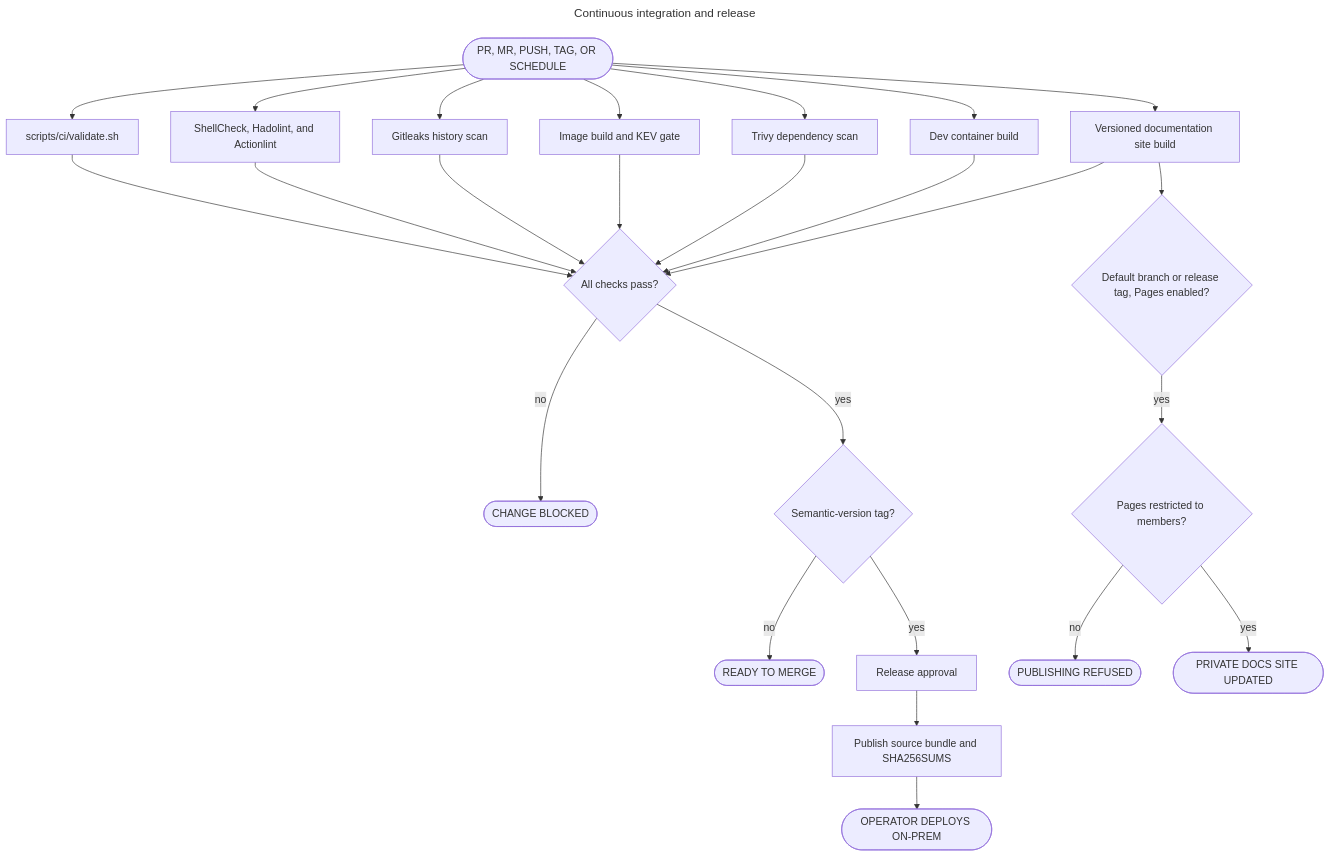
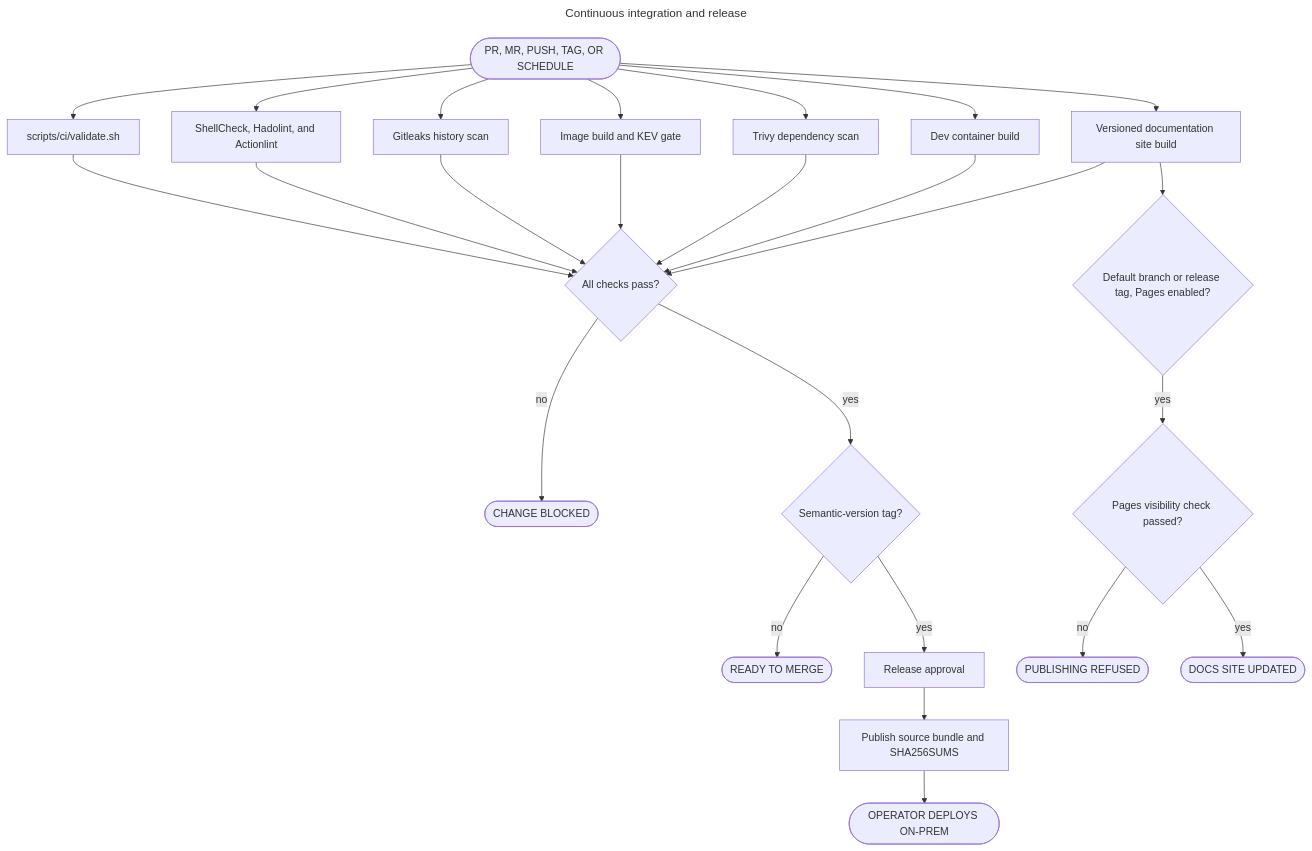
The diagram in diagrams/20-ci-release-flow.mmd (bella-1337/effective-spoon), drawn with Mermaid before and after one commit. The commit also changed 17 other files, not shown here.

First line of the commit message:
Publish the documentation site with a warranty and licence notice

```diff
--- a/diagrams/20-ci-release-flow.mmd
+++ b/diagrams/20-ci-release-flow.mmd
@@ -1,52 +1,52 @@
 ---
 title: Continuous integration and release
 ---
 flowchart TD
   %% Source for 20-ci-release-flow.html. Edit this file, then run ./scripts/render-diagrams.py.
   %% Directives: docs in diagrams/README.md (Updating diagrams).
-  %% @subtitle Identical GitHub Actions and GitLab CI pipelines, the private documentation site, and where a human still deploys
+  %% @subtitle Identical GitHub Actions and GitLab CI pipelines, the documentation site, and where a human still deploys
 
   S(["PR, MR, PUSH, TAG, OR SCHEDULE"])
   VAL["scripts/ci/validate.sh"]
   LINT["ShellCheck, Hadolint, and Actionlint"]
   SEC["Gitleaks history scan"]
   IMG["Image build and KEV gate"]
   DEP["Trivy dependency scan"]
   DC["Dev container build"]
   DOCS["Versioned documentation site build"]
   PASS{"All checks pass?"}
   RED(["CHANGE BLOCKED"])
   TAG{"Semantic-version tag?"}
   MERGE(["READY TO MERGE"])
   APR["Release approval"]
   PUB["Publish source bundle and SHA256SUMS"]
   E(["OPERATOR DEPLOYS ON-PREM"])
   PG{"Default branch or release tag, Pages enabled?"}
-  PRIV{"Pages restricted to members?"}
+  PRIV{"Pages visibility check passed?"}
   REFUSE(["PUBLISHING REFUSED"])
-  SITE(["PRIVATE DOCS SITE UPDATED"])
+  SITE(["DOCS SITE UPDATED"])
 
   S --> VAL
   S --> LINT
   S --> SEC
   S --> IMG
   S --> DEP
   S --> DC
   S --> DOCS
   VAL --> PASS
   LINT --> PASS
   SEC --> PASS
   IMG --> PASS
   DEP --> PASS
   DC --> PASS
   DOCS --> PASS
   DOCS --> PG
   PG -->|"yes"| PRIV
   PRIV -->|"yes"| SITE
   PRIV -->|"no"| REFUSE
   PASS -->|"no"| RED
   PASS -->|"yes"| TAG
   TAG -->|"no"| MERGE
   TAG -->|"yes"| APR
   APR --> PUB
   PUB --> E
```
